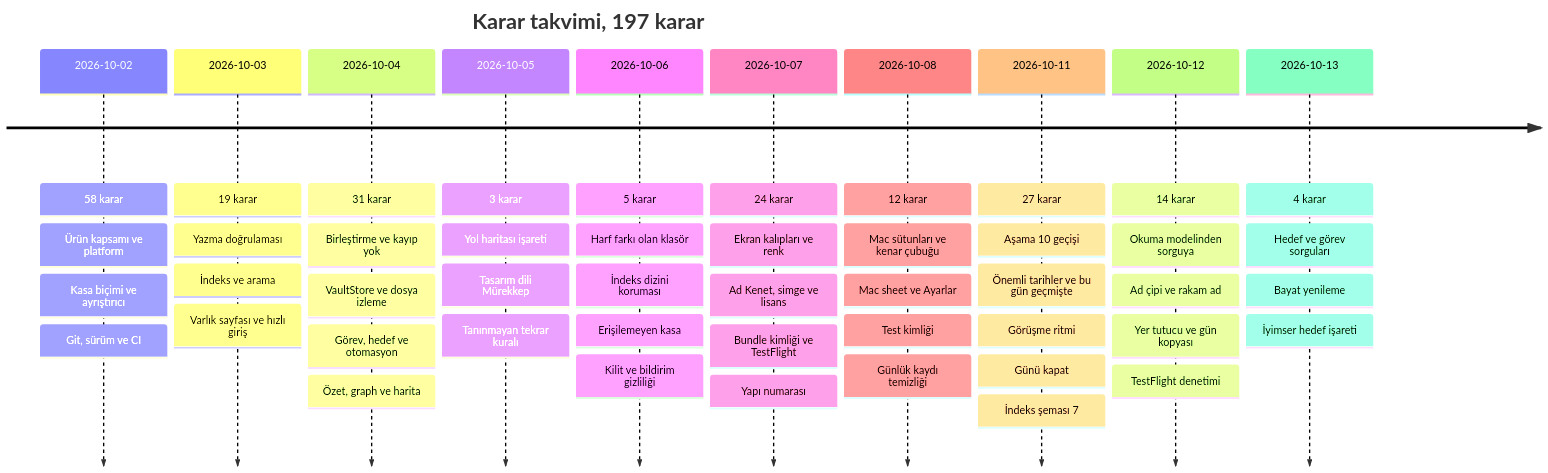
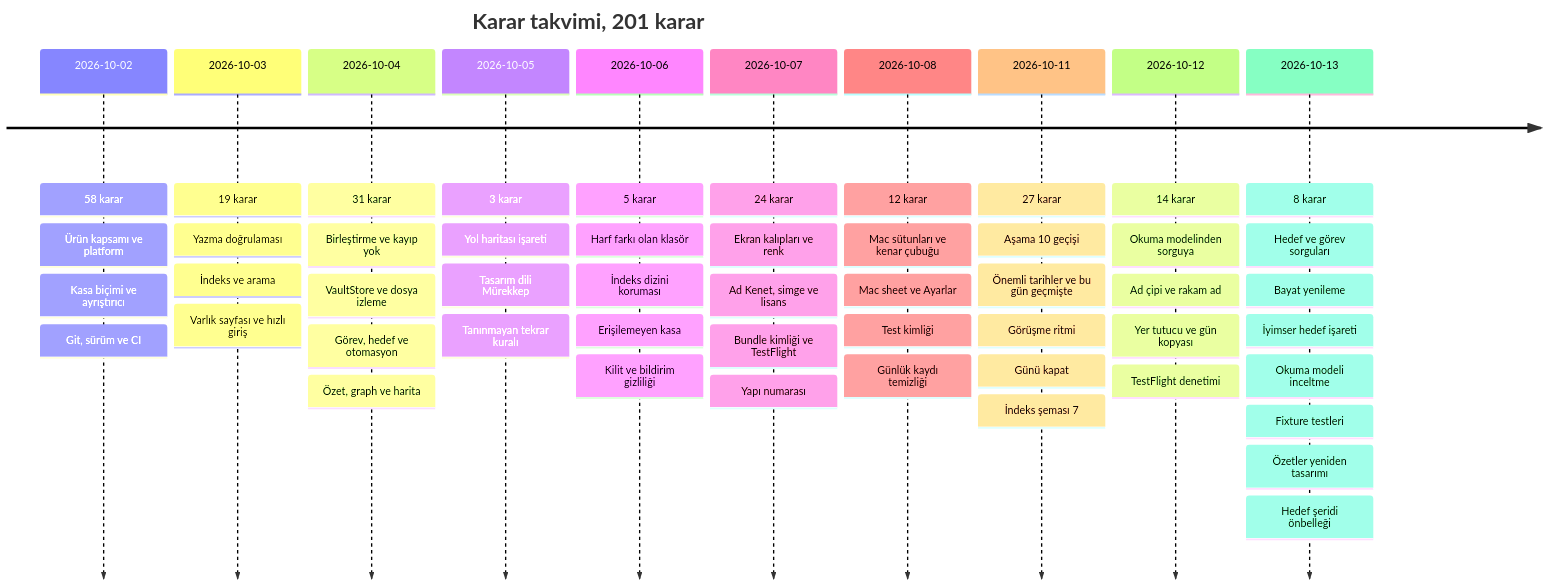
The third of 3 diagrams in docs/decisions.md (dogancanyildiz/kenet), drawn with Mermaid before and after one commit. The commit also changed other lines of this file and 1 other file, not shown here.

````diff
--- a/docs/decisions.md
+++ b/docs/decisions.md
@@ -82,14 +82,14 @@
 ```mermaid
 timeline
-    title Karar takvimi, 197 karar
+    title Karar takvimi, 201 karar
     2026-10-02 : 58 karar : Ürün kapsamı ve platform : Kasa biçimi ve ayrıştırıcı : Git, sürüm ve CI
     2026-10-03 : 19 karar : Yazma doğrulaması : İndeks ve arama : Varlık sayfası ve hızlı giriş
     2026-10-04 : 31 karar : Birleştirme ve kayıp yok : VaultStore ve dosya izleme : Görev, hedef ve otomasyon : Özet, graph ve harita
     2026-10-05 : 3 karar : Yol haritası işareti : Tasarım dili Mürekkep : Tanınmayan tekrar kuralı
     2026-10-06 : 5 karar : Harf farkı olan klasör : İndeks dizini koruması : Erişilemeyen kasa : Kilit ve bildirim gizliliği
     2026-10-07 : 24 karar : Ekran kalıpları ve renk : Ad Kenet, simge ve lisans : Bundle kimliği ve TestFlight : Yapı numarası
     2026-10-08 : 12 karar : Mac sütunları ve kenar çubuğu : Mac sheet ve Ayarlar : Test kimliği : Günlük kaydı temizliği
     2026-10-11 : 27 karar : Aşama 10 geçişi : Önemli tarihler ve bu gün geçmişte : Görüşme ritmi : Günü kapat : İndeks şeması 7
     2026-10-12 : 14 karar : Okuma modelinden sorguya : Ad çipi ve rakam ad : Yer tutucu ve gün kopyası : TestFlight denetimi
-    2026-10-13 : 4 karar : Hedef ve görev sorguları : Bayat yenileme : İyimser hedef işareti
+    2026-10-13 : 8 karar : Hedef ve görev sorguları : Bayat yenileme : İyimser hedef işareti : Okuma modeli inceltme : Fixture testleri : Özetler yeniden tasarımı : Hedef şeridi önbelleği
 ```
````
